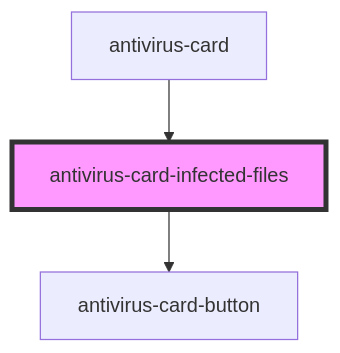
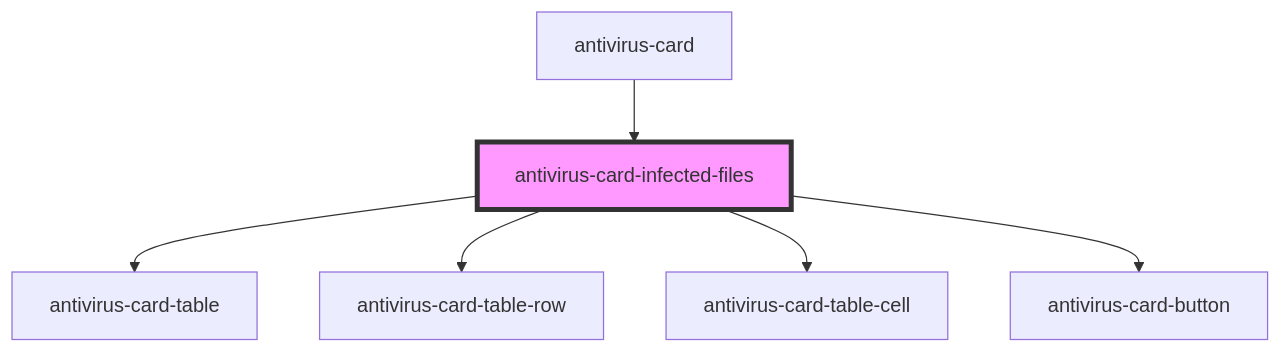
The diagram in packages/antivirus-card/src/components/infected-files/readme.md (ispsystem/plugin-imunify), drawn with Mermaid before and after one commit. The commit also changed other lines of this file and 9 other files, not shown here.

````diff
--- a/packages/antivirus-card/src/components/infected-files/readme.md
+++ b/packages/antivirus-card/src/components/infected-files/readme.md
@@ -26,6 +29,9 @@
 ```mermaid
 graph TD;
+  antivirus-card-infected-files --> antivirus-card-table
+  antivirus-card-infected-files --> antivirus-card-table-row
+  antivirus-card-infected-files --> antivirus-card-table-cell
   antivirus-card-infected-files --> antivirus-card-button
   antivirus-card --> antivirus-card-infected-files
   style antivirus-card-infected-files fill:#f9f,stroke:#333,stroke-width:4px
 ```
````
